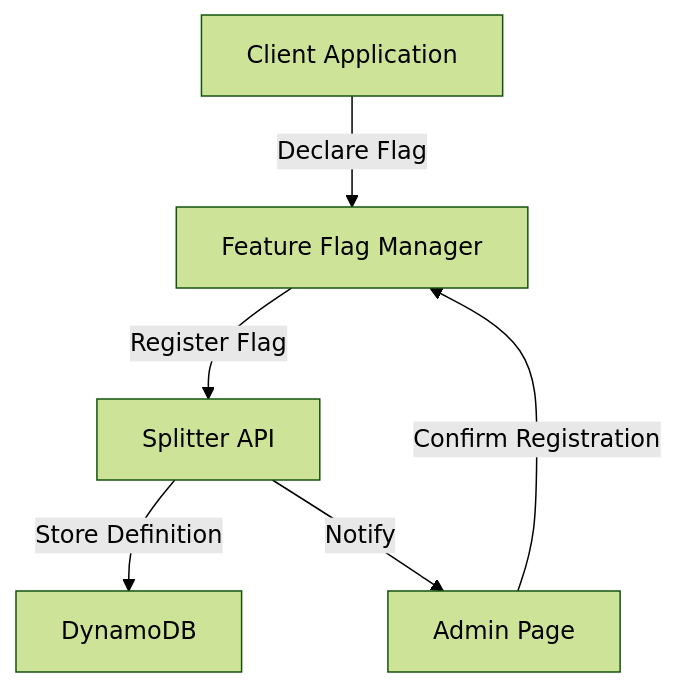
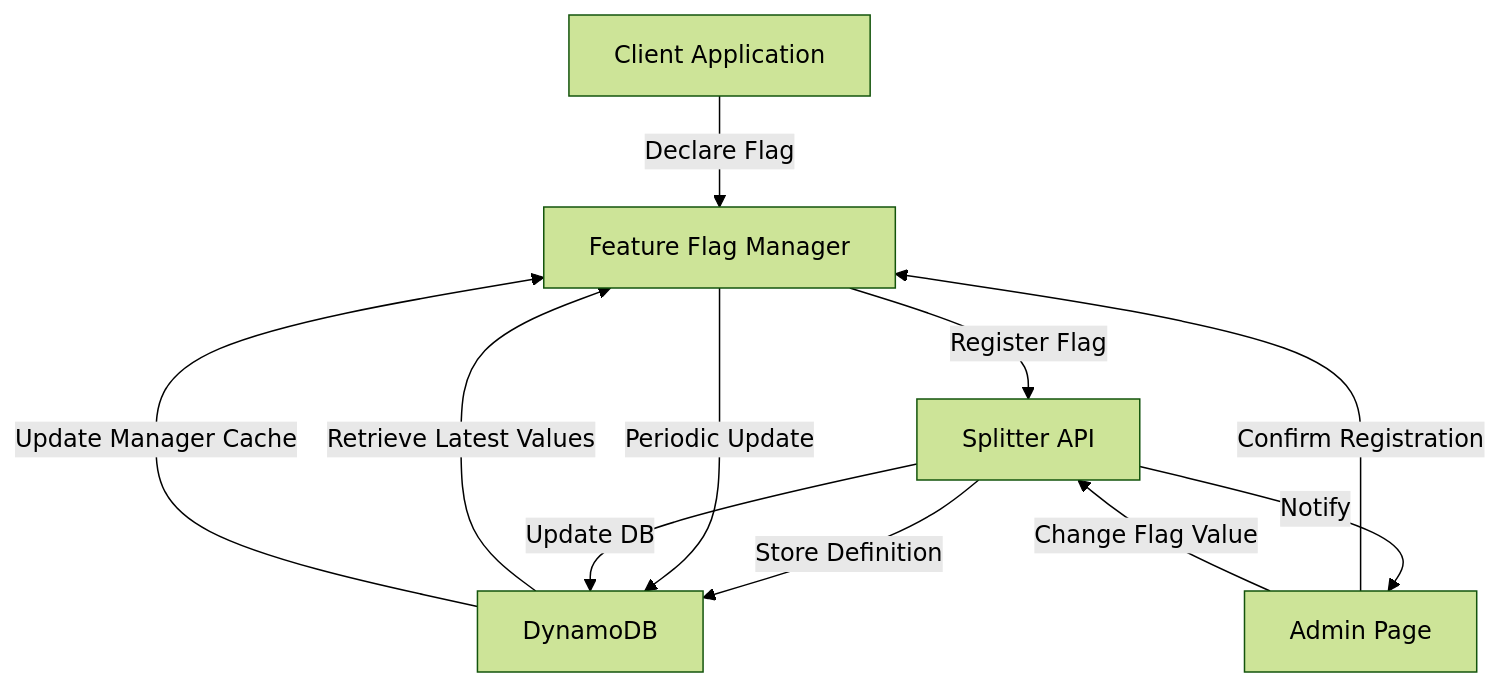
The first of 3 diagrams in _posts/2025-03-15-feature-flag-system.md (yeokyeong-yoon/yeokyeong-yoon.github.io), drawn with Mermaid (forest theme) before and after one commit.

Commit message:
Improve diagram

````diff
--- a/_posts/2025-03-15-feature-flag-system.md
+++ b/_posts/2025-03-15-feature-flag-system.md
@@ -89,8 +89,13 @@
 ```mermaid
 graph TD
     Client[Client Application] -->|Declare Flag| Manager[Feature Flag Manager]
     Manager -->|Register Flag| Splitter[Splitter API]
     Splitter -->|Store Definition| DB[DynamoDB]
     Splitter -->|Notify| Admin[Admin Page]
     Admin -->|Confirm Registration| Manager
+    Manager -->|Periodic Update| DB
+    DB -->|Retrieve Latest Values| Manager
+    Admin -->|Change Flag Value| Splitter
+    Splitter -->|Update DB| DB
+    DB -->|Update Manager Cache| Manager
 ```
````
